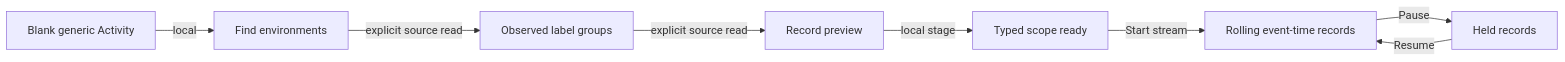
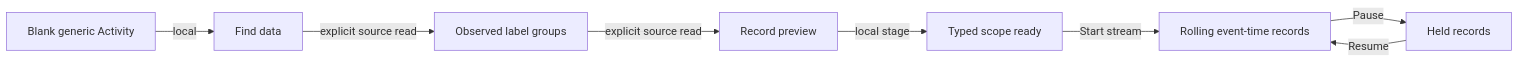
One commit to casselc/goo changed the diagram in docs/UNKNOWN_DATA_ENTRY.md. Above: the diagram before and after it, drawn with Mermaid. The commit also changed other lines of this file and 89 other files, not shown here.

````diff
--- a/docs/UNKNOWN_DATA_ENTRY.md
+++ b/docs/UNKNOWN_DATA_ENTRY.md
@@ -21,10 +22,10 @@
 ```mermaid
 flowchart LR
-  Entry[Blank generic Activity] -->|local| Chooser[Find environments]
+  Entry[Blank generic Activity] -->|local| Chooser[Find data]
   Chooser -->|explicit source read| Labels[Observed label groups]
   Labels -->|explicit source read| Preview[Record preview]
   Preview -->|local stage| Ready[Typed scope ready]
   Ready -->|Start stream| Live[Rolling event-time records]
   Live -->|Pause| Held[Held records]
   Held -->|Resume| Live
 ```
````
